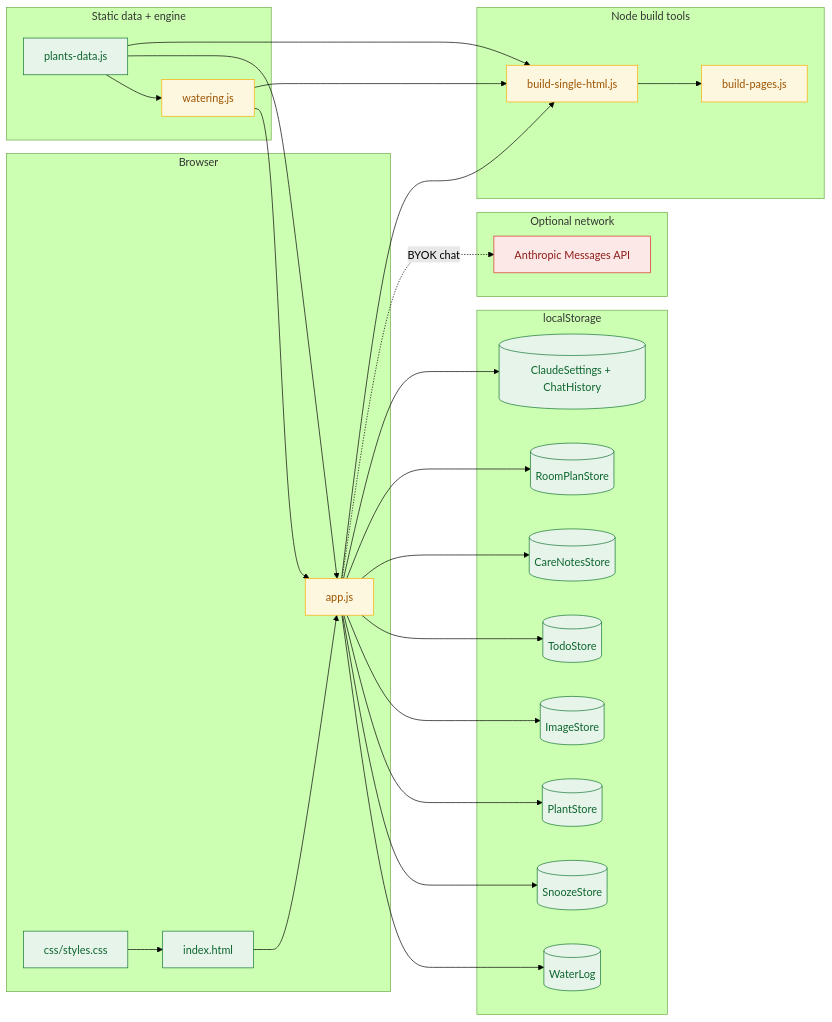
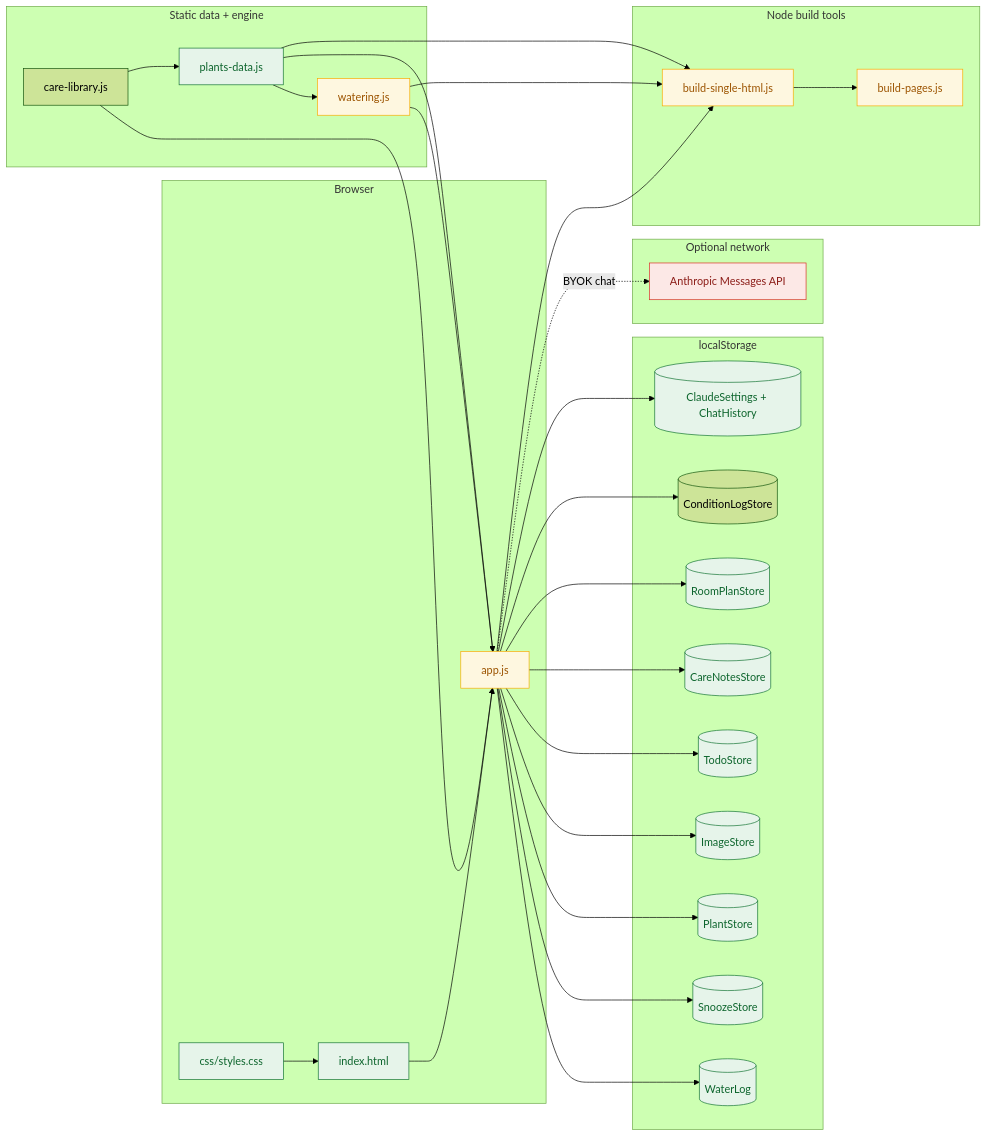
One commit to reuhdz/Moose-Plant-Care changed the first of 4 diagrams in docs/developer-guide-structure-and-features.md. Above: the diagram before and after it, drawn with Mermaid (forest theme). The commit also changed other lines of this file and 8 other files, not shown here.

First line of the commit message:
Add Care Library, Condition Log & Analyze tab

````diff
--- a/docs/developer-guide-structure-and-features.md
+++ b/docs/developer-guide-structure-and-features.md
@@ -36,51 +36,55 @@
 ```mermaid
 flowchart LR
     subgraph Client["Browser"]
         HTML[index.html]
         CSS[css/styles.css]
         UI[app.js]
     end
 
     subgraph DataLayer["Static data + engine"]
         PD[plants-data.js]
+        CLIB[care-library.js]
         ENG[watering.js]
     end
 
     subgraph Persistence["localStorage"]
         WL[(WaterLog)]
         SNZ[(SnoozeStore)]
         PS[(PlantStore)]
         IMG[(ImageStore)]
         TD[(TodoStore)]
         CN[(CareNotesStore)]
         RP[(RoomPlanStore)]
+        CND[(ConditionLogStore)]
         CL[(ClaudeSettings + ChatHistory)]
     end
 
     subgraph External["Optional network"]
         API[Anthropic Messages API]
     end
 
     subgraph Build["Node build tools"]
         SF[build-single-html.js]
         PG[build-pages.js]
     end
 
     HTML --> UI
     CSS --> HTML
+    CLIB --> UI
     PD --> ENG
     PD --> UI
+    CLIB --> PD
     ENG --> UI
-    UI --> WL & SNZ & PS & IMG & TD & CN & RP & CL
+    UI --> WL & SNZ & PS & IMG & TD & CN & RP & CND & CL
     UI -. BYOK chat .-> API
     PD & ENG & UI --> SF
     SF --> PG
 
     classDef io fill:#E6F4EA,stroke:#137333,color:#0D652D;
     classDef process fill:#FEF7E0,stroke:#F9AB00,color:#9C5400;
     classDef external fill:#FCE8E6,stroke:#D93025,color:#8C1D18;
     class HTML,CSS,PD io;
     class UI,ENG,SF,PG process;
     class API external;
     class WL,SNZ,PS,IMG,TD,CN,RP,CL io;
 ```
````
